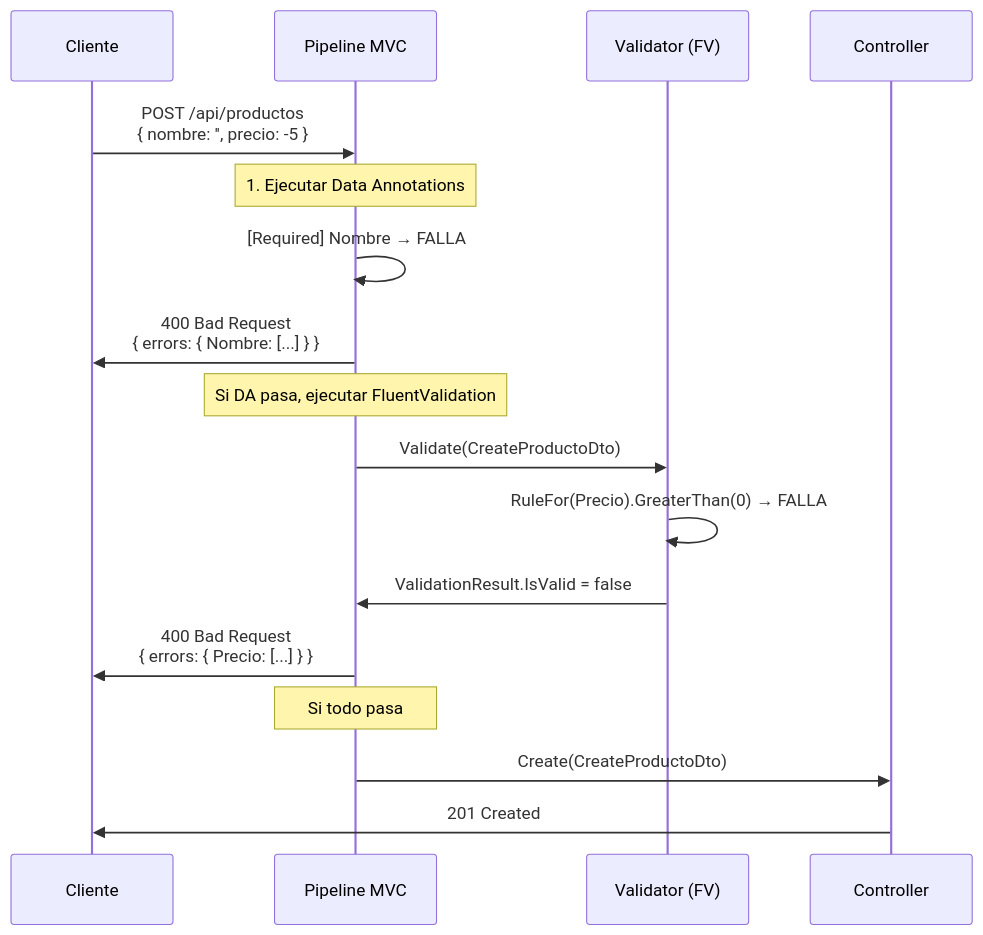
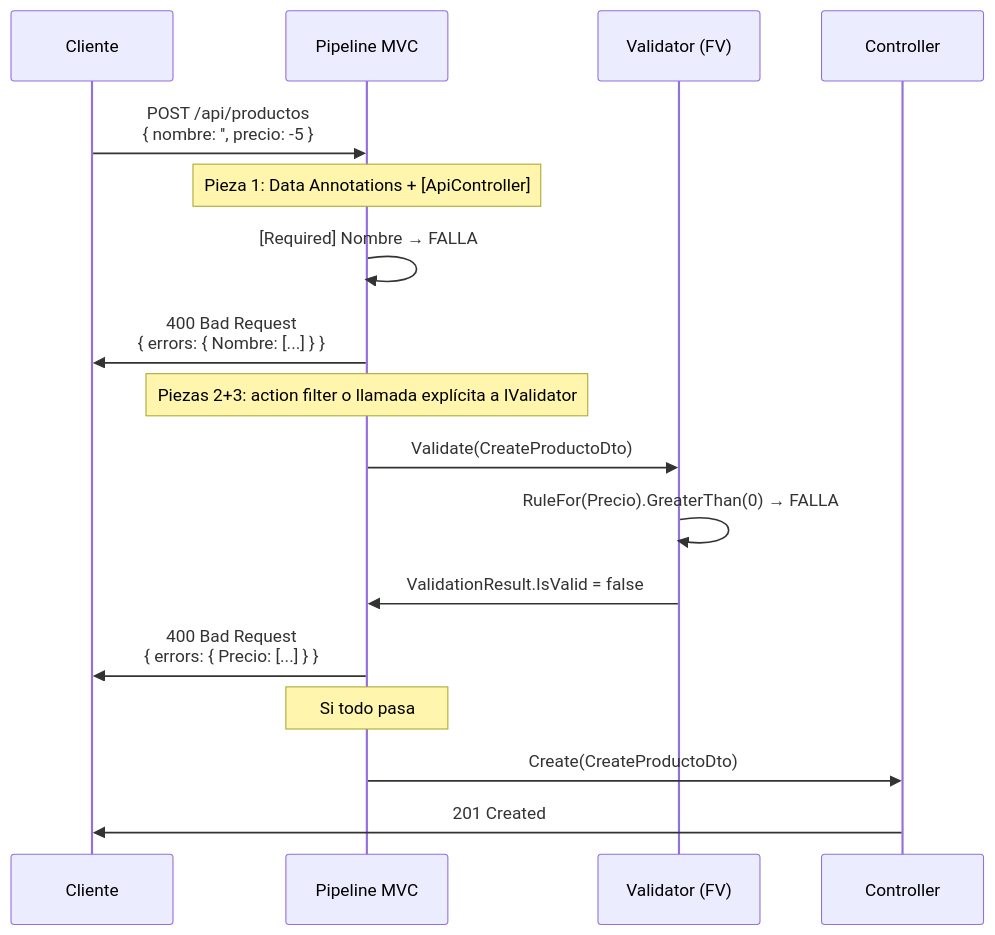
Before and after one commit to joseluisgs/DesarrolloWebEntornosServidor-02-2026-2027: the fourth of 11 diagrams in 08-dtos-mapeadores-validaciones.md, drawn with Mermaid. The commit also changed other lines of this file and 33 other files, not shown here.

````diff
--- a/08-dtos-mapeadores-validaciones.md
+++ b/08-dtos-mapeadores-validaciones.md
@@ -606,20 +642,20 @@
 ```mermaid
 sequenceDiagram
     participant C as Cliente
     participant P as Pipeline MVC
     participant V as Validator (FV)
     participant D as Controller
 
     C->>P: POST /api/productos<br/>{ nombre: '', precio: -5 }
-    Note over P: 1. Ejecutar Data Annotations
+    Note over P: Pieza 1: Data Annotations + [ApiController]
     P->>P: [Required] Nombre → FALLA
     P->>C: 400 Bad Request<br/>{ errors: { Nombre: [...] } }
-    Note over P: Si DA pasa, ejecutar FluentValidation
+    Note over P: Piezas 2+3: action filter o llamada explícita a IValidator
     P->>V: Validate(CreateProductoDto)
     V->>V: RuleFor(Precio).GreaterThan(0) → FALLA
     V->>P: ValidationResult.IsValid = false
     P->>C: 400 Bad Request<br/>{ errors: { Precio: [...] } }
     Note over P: Si todo pasa
     P->>D: Create(CreateProductoDto)
     D->>C: 201 Created
 ```
````
